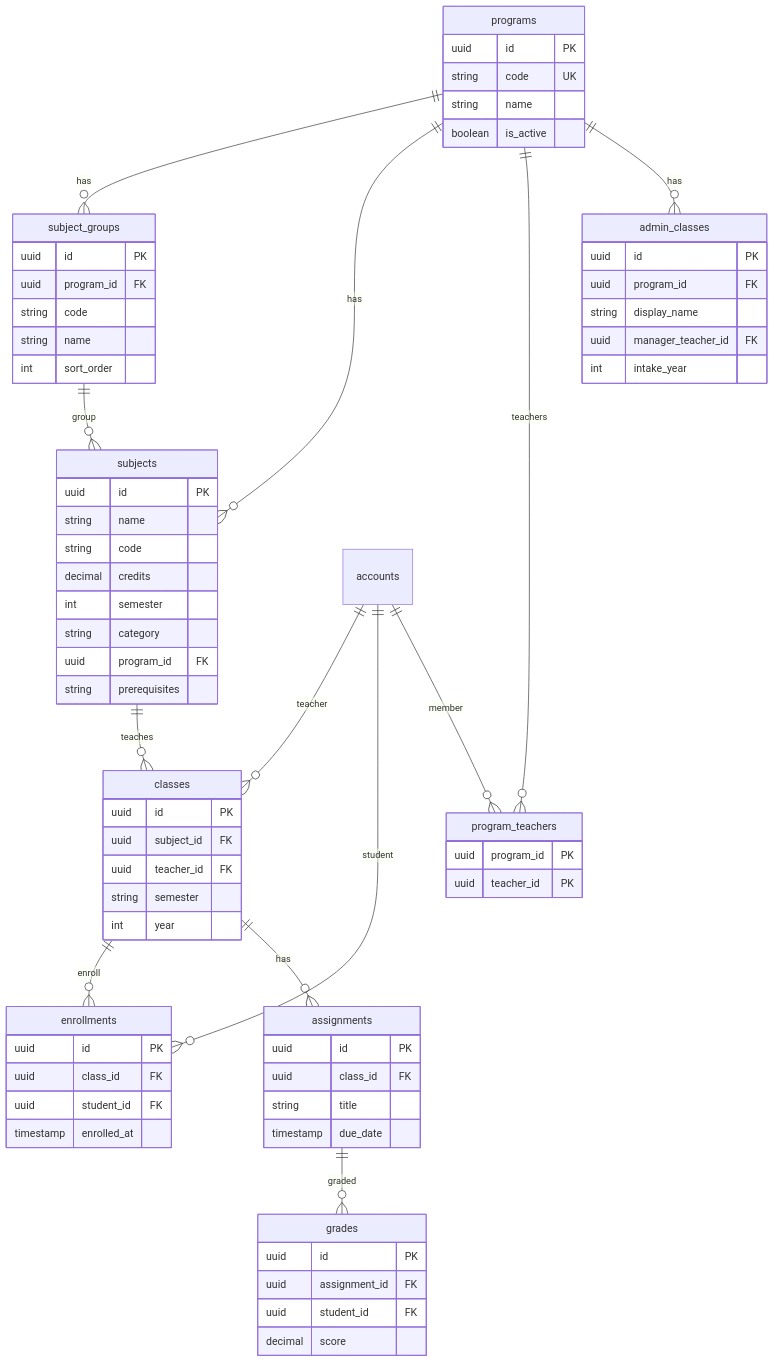
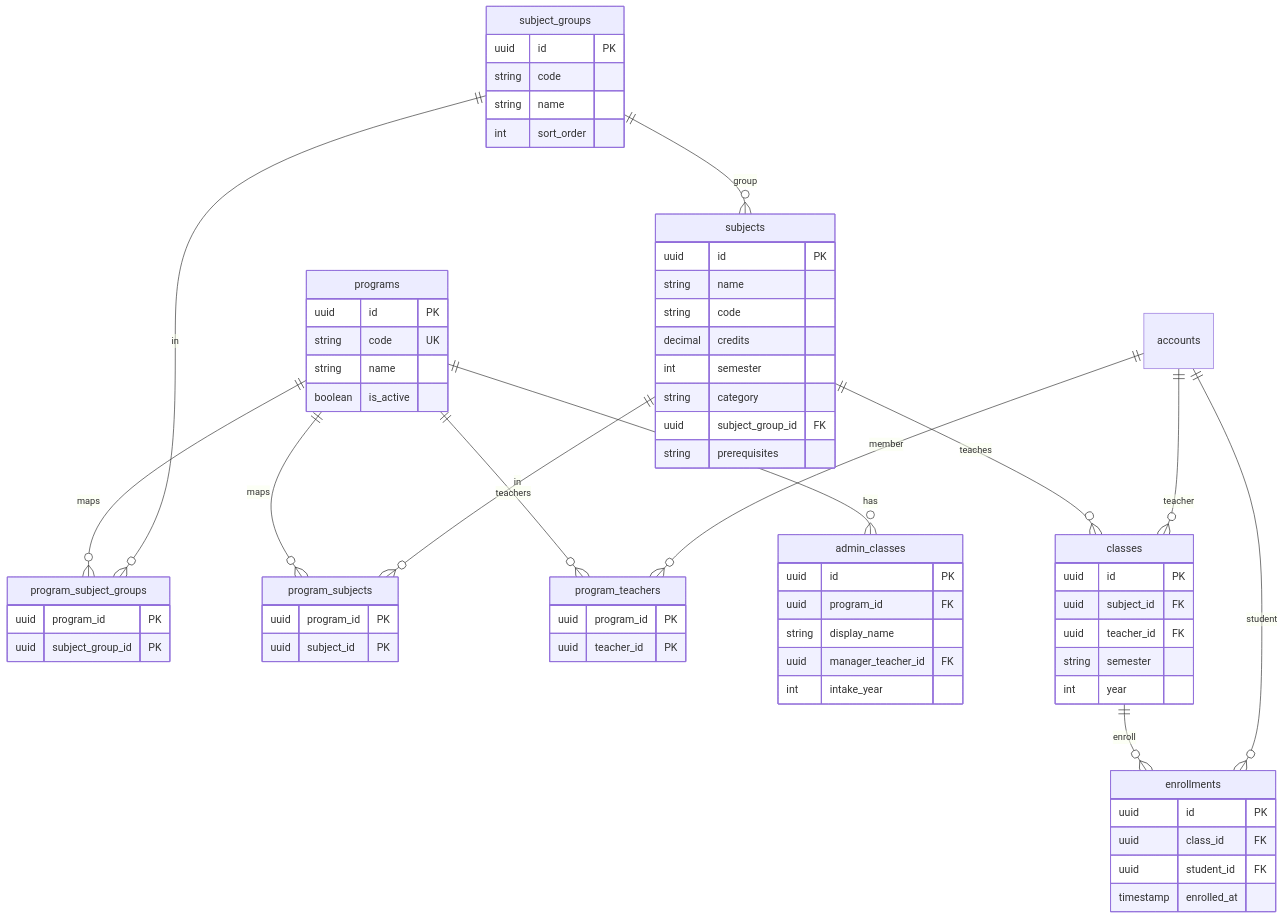
The third of 9 diagrams in docs/SO_DO_ER_MERMAID.md (NhongPlus/GraduationProject), drawn with Mermaid before and after one commit. The commit also changed other lines of this file and 4 other files, not shown here.

First line of the commit message:
Remove legacy assignments and grades schema artifacts.

````diff
--- a/docs/SO_DO_ER_MERMAID.md
+++ b/docs/SO_DO_ER_MERMAID.md
@@ -220,17 +222,17 @@
 ```mermaid
 erDiagram
-  programs ||--o{ subject_groups : has
-  programs ||--o{ subjects : has
+  programs ||--o{ program_subject_groups : maps
+  programs ||--o{ program_subjects : maps
   programs ||--o{ program_teachers : teachers
   programs ||--o{ admin_classes : has
+  subject_groups ||--o{ program_subject_groups : in
+  subjects ||--o{ program_subjects : in
   subject_groups ||--o{ subjects : group
   subjects ||--o{ classes : teaches
   classes ||--o{ enrollments : enroll
-  classes ||--o{ assignments : has
   accounts ||--o{ classes : teacher
   accounts ||--o{ enrollments : student
   accounts ||--o{ program_teachers : member
-  assignments ||--o{ grades : graded
 
   programs {
     uuid id PK
@@ -241,7 +243,6 @@
 
   subject_groups {
     uuid id PK
-    uuid program_id FK
     string code
     string name
     int sort_order
@@ -254,7 +255,7 @@
     decimal credits
     int semester
     string category
-    uuid program_id FK
+    uuid subject_group_id FK
     string prerequisites
   }
 
@@ -281,22 +282,18 @@
     timestamp enrolled_at
   }
 
-  assignments {
-    uuid id PK
-    uuid class_id FK
-    string title
-    timestamp due_date
-  }
-
-  grades {
-    uuid id PK
-    uuid assignment_id FK
-    uuid student_id FK
-    decimal score
-  }
-
   program_teachers {
     uuid program_id PK
     uuid teacher_id PK
   }
+
+  program_subject_groups {
+    uuid program_id PK
+    uuid subject_group_id PK
+  }
+
+  program_subjects {
+    uuid program_id PK
+    uuid subject_id PK
+  }
 ```
````
